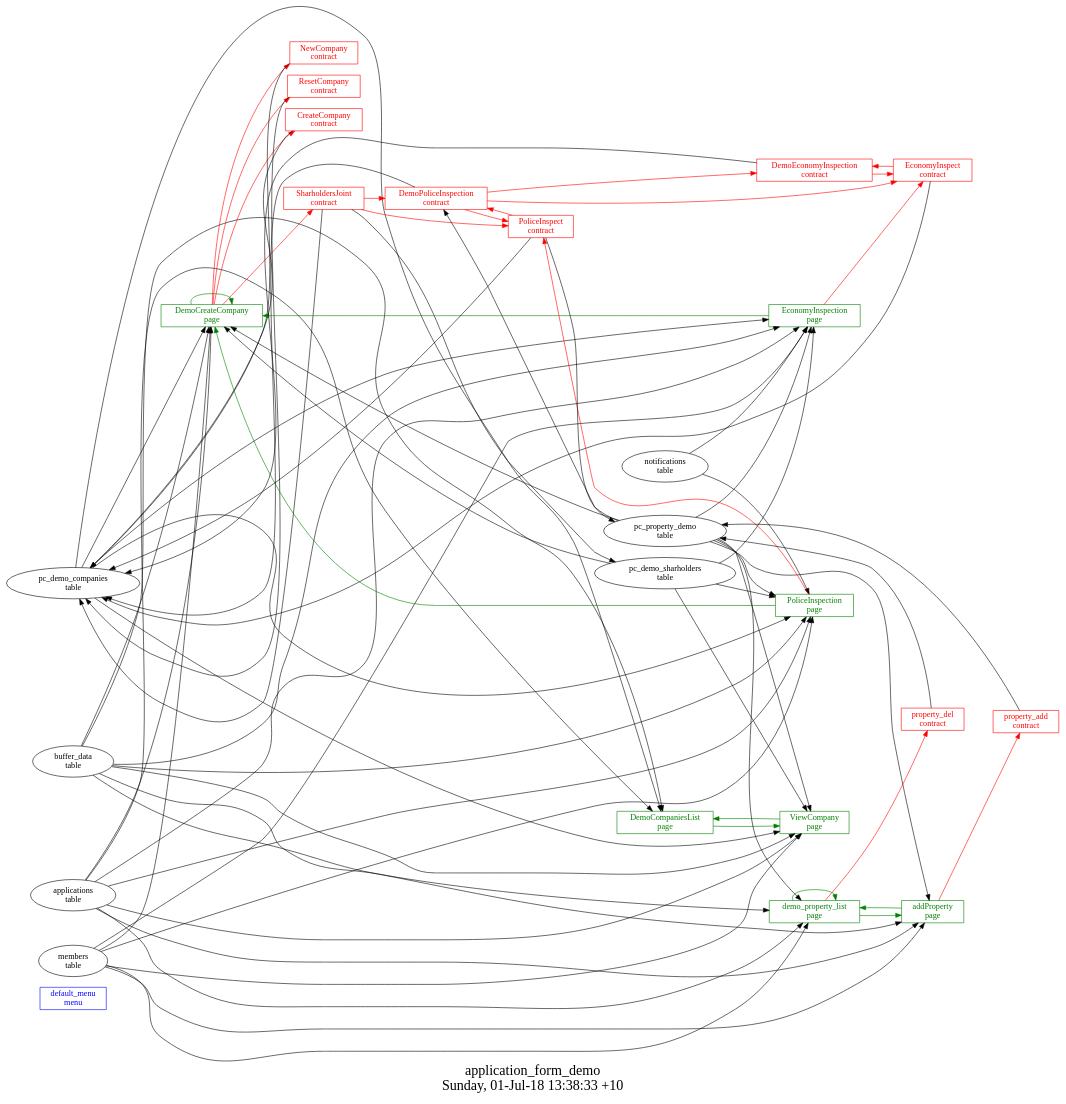
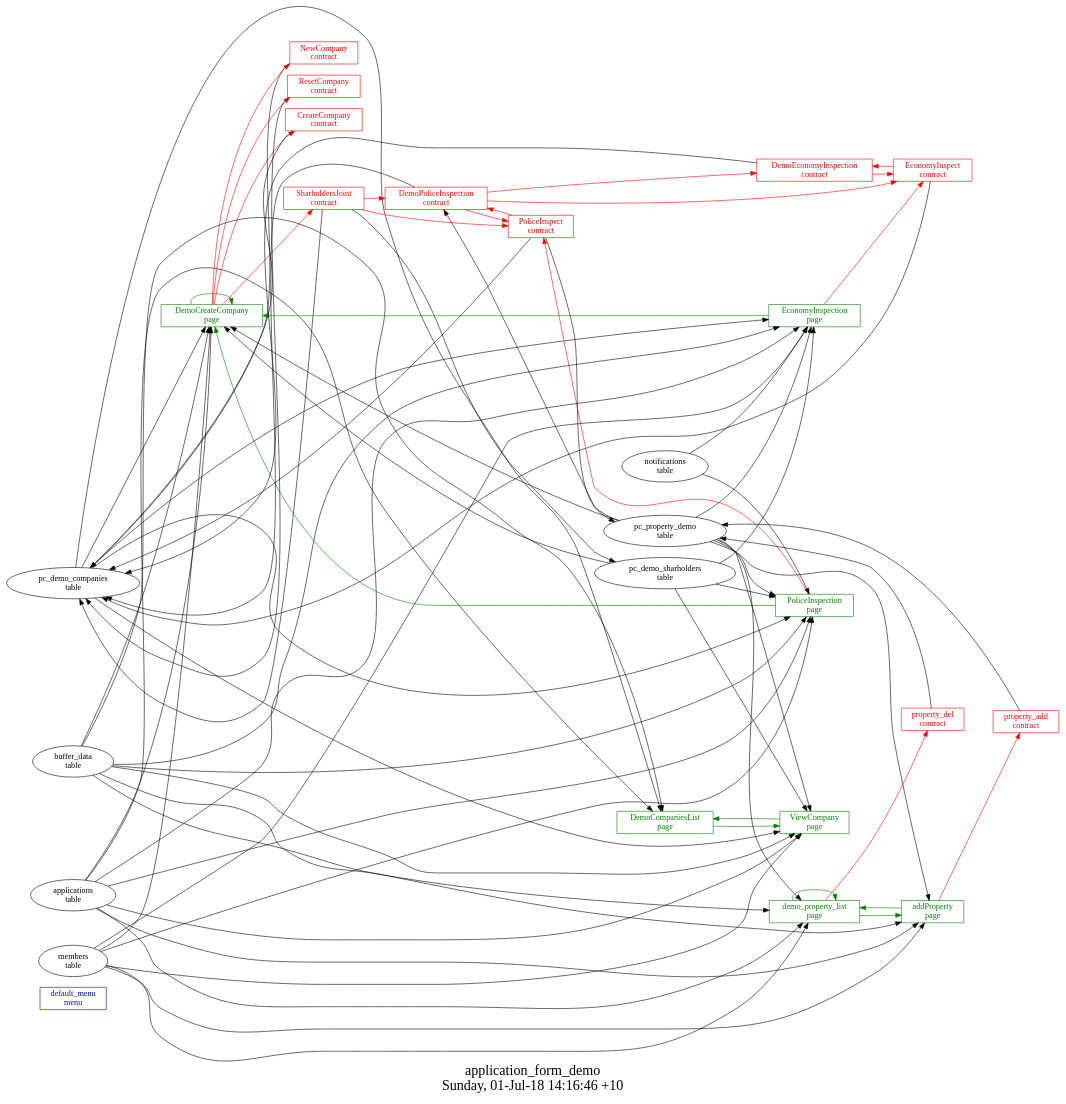
Before and after one commit to AplaProject/apps: the diagram in quick-start/application_form_demo/struct.dot, drawn with Graphviz. The commit also changed 4 other files, not shown here.

```diff
--- a/quick-start/application_form_demo/struct.dot
+++ b/quick-start/application_form_demo/struct.dot
@@ -1,101 +1,103 @@
 digraph G {
 fontsize="24";
-label="application_form_demo\nSunday, 01-Jul-18 13:38:33 +10";
+label="application_form_demo\nSunday, 01-Jul-18 14:16:46 +10";
 nojustify=true;
 ordering=out;
 rankdir=LR;
 size="30";
 "default_menu\nmenu" [color=blue, fontcolor=blue, group=menus, shape=record];
 "pc_demo_companies\ntable" -> "DemoCompaniesList\npage"
 "buffer_data\ntable" -> "DemoCompaniesList\npage"
 "applications\ntable" -> "DemoCompaniesList\npage"
 "DemoCompaniesList\npage" -> "ViewCompany\npage"  [ color=green ]
 "DemoCompaniesList\npage" [color=green, fontcolor=green, group=pages, shape=record];
 "DemoCreateCompany\npage" -> "NewCompany\ncontract"  [ color=red ]
 "DemoCreateCompany\npage" -> "ResetCompany\ncontract"  [ color=red ]
 "DemoCreateCompany\npage" -> "CreateCompany\ncontract"  [ color=red ]
 "DemoCreateCompany\npage" -> "SharholdersJoint\ncontract"  [ color=red ]
 "buffer_data\ntable" -> "DemoCreateCompany\npage"
 "applications\ntable" -> "DemoCreateCompany\npage"
 "pc_demo_companies\ntable" -> "DemoCreateCompany\npage"
 "members\ntable" -> "DemoCreateCompany\npage"
 "pc_demo_sharholders\ntable" -> "DemoCreateCompany\npage"
 "pc_property_demo\ntable" -> "DemoCreateCompany\npage"
 "DemoCreateCompany\npage" -> "DemoCreateCompany\npage"  [ color=green ]
 "DemoCreateCompany\npage" [color=green, fontcolor=green, group=pages, shape=record];
 "EconomyInspection\npage" -> "EconomyInspect\ncontract"  [ color=red ]
 "notifications\ntable" -> "EconomyInspection\npage"
 "pc_demo_companies\ntable" -> "EconomyInspection\npage"
 "pc_property_demo\ntable" -> "EconomyInspection\npage"
 "buffer_data\ntable" -> "EconomyInspection\npage"
 "applications\ntable" -> "EconomyInspection\npage"
 "pc_demo_sharholders\ntable" -> "EconomyInspection\npage"
 "members\ntable" -> "EconomyInspection\npage"
 "EconomyInspection\npage" -> "DemoCreateCompany\npage"  [ color=green ]
 "EconomyInspection\npage" [color=green, fontcolor=green, group=pages, shape=record];
 "PoliceInspection\npage" -> "PoliceInspect\ncontract"  [ color=red ]
 "notifications\ntable" -> "PoliceInspection\npage"
 "pc_demo_companies\ntable" -> "PoliceInspection\npage"
 "pc_property_demo\ntable" -> "PoliceInspection\npage"
 "buffer_data\ntable" -> "PoliceInspection\npage"
 "applications\ntable" -> "PoliceInspection\npage"
 "pc_demo_sharholders\ntable" -> "PoliceInspection\npage"
 "members\ntable" -> "PoliceInspection\npage"
 "PoliceInspection\npage" -> "DemoCreateCompany\npage"  [ color=green ]
 "PoliceInspection\npage" [color=green, fontcolor=green, group=pages, shape=record];
 "pc_demo_companies\ntable" -> "ViewCompany\npage"
 "pc_property_demo\ntable" -> "ViewCompany\npage"
 "buffer_data\ntable" -> "ViewCompany\npage"
 "applications\ntable" -> "ViewCompany\npage"
 "pc_demo_sharholders\ntable" -> "ViewCompany\npage"
 "members\ntable" -> "ViewCompany\npage"
 "ViewCompany\npage" -> "DemoCompaniesList\npage"  [ color=green ]
 "ViewCompany\npage" [color=green, fontcolor=green, group=pages, shape=record];
 "addProperty\npage" -> "property_add\ncontract"  [ color=red ]
 "buffer_data\ntable" -> "addProperty\npage"
 "applications\ntable" -> "addProperty\npage"
 "pc_property_demo\ntable" -> "addProperty\npage"
 "members\ntable" -> "addProperty\npage"
 "addProperty\npage" -> "demo_property_list\npage"  [ color=green ]
 "addProperty\npage" [color=green, fontcolor=green, group=pages, shape=record];
 "demo_property_list\npage" -> "property_del\ncontract"  [ color=red ]
 "pc_property_demo\ntable" -> "demo_property_list\npage"
 "buffer_data\ntable" -> "demo_property_list\npage"
 "applications\ntable" -> "demo_property_list\npage"
 "members\ntable" -> "demo_property_list\npage"
 "demo_property_list\npage" -> "demo_property_list\npage"  [ color=green ]
 "demo_property_list\npage" -> "addProperty\npage"  [ color=green ]
 "demo_property_list\npage" [color=green, fontcolor=green, group=pages, shape=record];
 "CreateCompany\ncontract" -> "pc_demo_companies\ntable"  [ color="" ]
 "CreateCompany\ncontract" [color=red, fontcolor=red, group=contracts, shape=record];
 "DemoEconomyInspection\ncontract" -> "EconomyInspect\ncontract"  [ color=red ]
 "DemoEconomyInspection\ncontract" -> "pc_demo_companies\ntable"  [ color="" ]
 "DemoEconomyInspection\ncontract" [color=red, fontcolor=red, group=contracts, shape=record];
 "DemoPoliceInspection\ncontract" -> "DemoEconomyInspection\ncontract"  [ color=red ]
 "DemoPoliceInspection\ncontract" -> "EconomyInspect\ncontract"  [ color=red ]
 "DemoPoliceInspection\ncontract" -> "PoliceInspect\ncontract"  [ color=red ]
 "DemoPoliceInspection\ncontract" -> "pc_demo_companies\ntable"  [ color="" ]
 "pc_property_demo\ntable" -> "DemoPoliceInspection\ncontract"
 "DemoPoliceInspection\ncontract" [color=red, fontcolor=red, group=contracts, shape=record];
 "EconomyInspect\ncontract" -> "DemoEconomyInspection\ncontract"  [ color=red ]
 "EconomyInspect\ncontract" -> "pc_demo_companies\ntable"  [ color="" ]
 "EconomyInspect\ncontract" [color=red, fontcolor=red, group=contracts, shape=record];
 "NewCompany\ncontract" -> "pc_demo_companies\ntable"  [ color="" ]
 "NewCompany\ncontract" [color=red, fontcolor=red, group=contracts, shape=record];
 "PoliceInspect\ncontract" -> "DemoPoliceInspection\ncontract"  [ color=red ]
 "PoliceInspect\ncontract" -> "pc_demo_companies\ntable"  [ color="" ]
 "PoliceInspect\ncontract" -> "pc_property_demo\ntable"  [ color="" ]
 "PoliceInspect\ncontract" [color=red, fontcolor=red, group=contracts, shape=record];
 "ResetCompany\ncontract" -> "pc_demo_companies\ntable"  [ color="" ]
 "ResetCompany\ncontract" [color=red, fontcolor=red, group=contracts, shape=record];
 "SharholdersJoint\ncontract" -> "DemoPoliceInspection\ncontract"  [ color=red ]
 "SharholdersJoint\ncontract" -> "PoliceInspect\ncontract"  [ color=red ]
 "SharholdersJoint\ncontract" -> "pc_demo_sharholders\ntable"  [ color="" ]
 "SharholdersJoint\ncontract" -> "pc_demo_companies\ntable"  [ color="" ]
 "SharholdersJoint\ncontract" [color=red, fontcolor=red, group=contracts, shape=record];
 "property_add\ncontract" -> "pc_property_demo\ntable"  [ color="" ]
 "property_add\ncontract" [color=red, fontcolor=red, group=contracts, shape=record];
 "property_del\ncontract" -> "pc_property_demo\ntable"  [ color="" ]
 "property_del\ncontract" [color=red, fontcolor=red, group=contracts, shape=record];
+"pc_demo_companies\ntable" [color="", fontcolor="", group=tables, shape=""];
 "pc_demo_sharholders\ntable" [color="", fontcolor="", group=tables, shape=""];
+"pc_property_demo\ntable" [color="", fontcolor="", group=tables, shape=""];
 }
```
